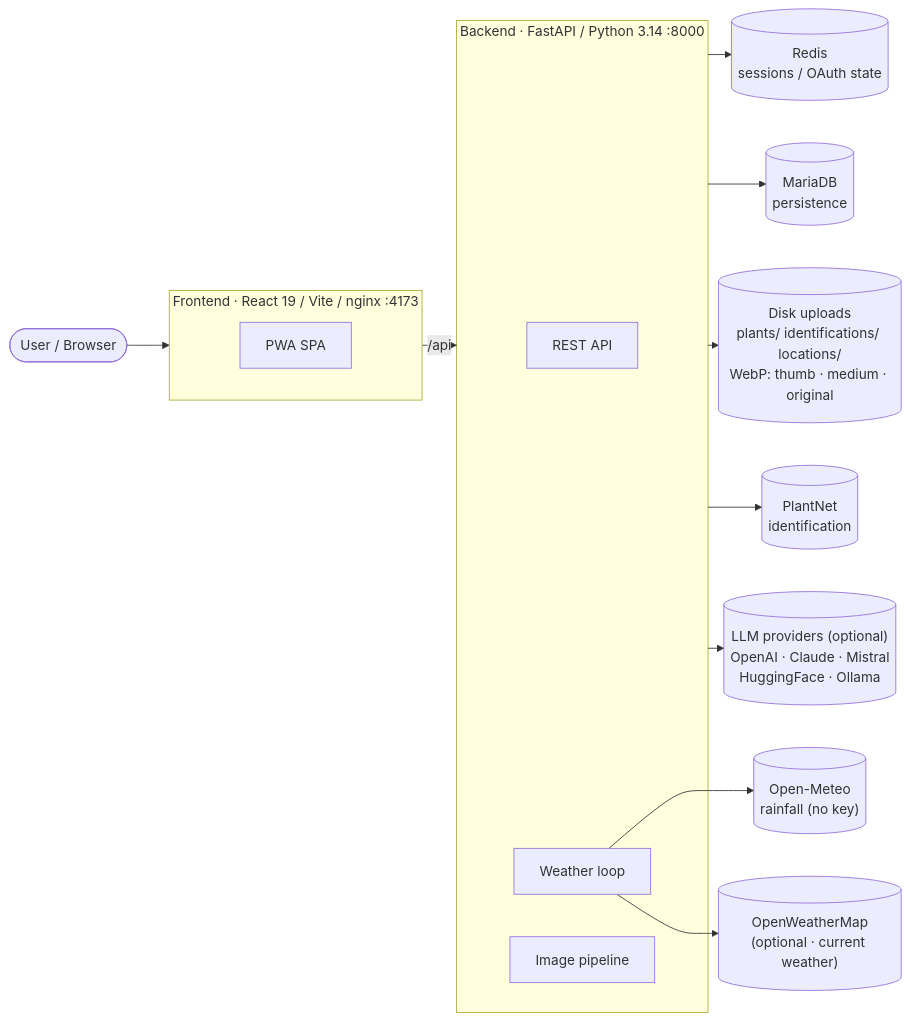
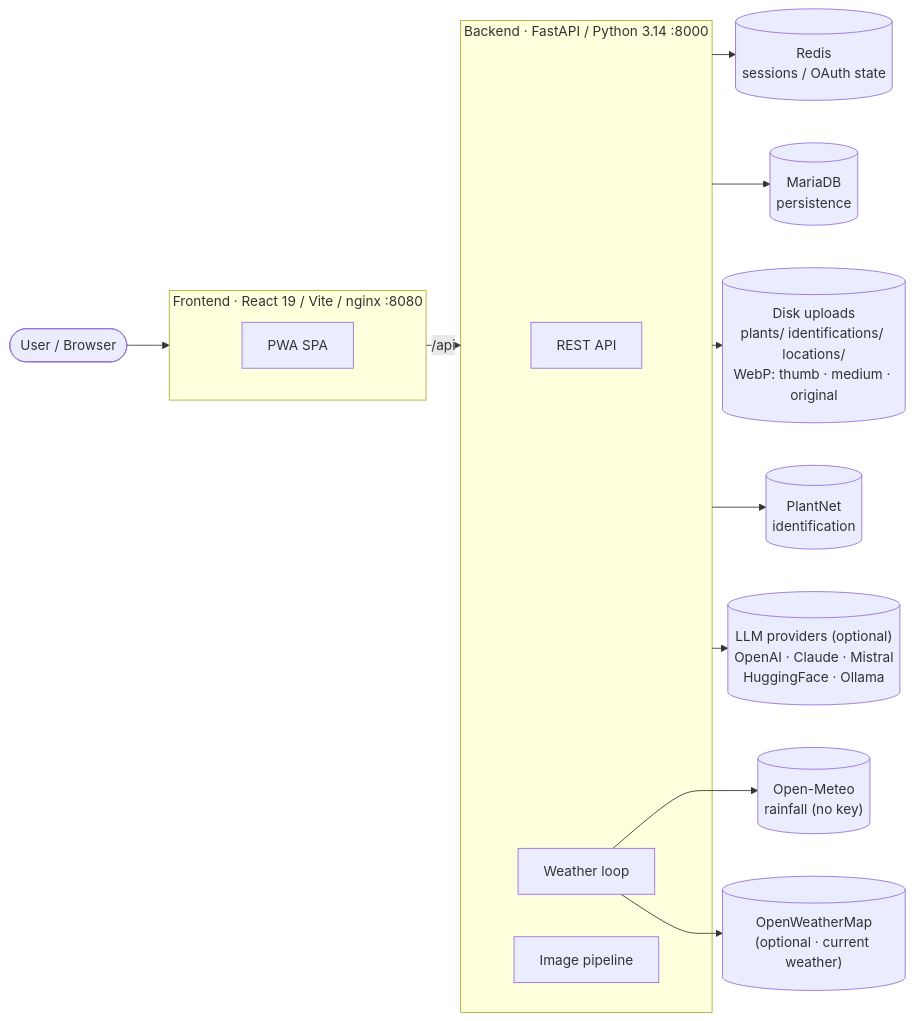
Before and after one commit to 0x3e4/pflanzn: the diagram in README.md, drawn with Mermaid. The commit also changed other lines of this file and 10 other files, not shown here.

First line of the commit message:
feat(frontend): harden the nginx gateway and listen on port 8080

````diff
--- a/README.md
+++ b/README.md
@@ -110,33 +110,33 @@
 ```mermaid
 flowchart LR
     User([User / Browser])
 
-    subgraph Frontend["Frontend · React 19 / Vite / nginx :4173"]
+    subgraph Frontend["Frontend · React 19 / Vite / nginx :8080"]
         SPA[PWA SPA]
     end
 
     subgraph Backend["Backend · FastAPI / Python 3.14 :8000"]
         API[REST API]
         Weather[Weather loop]
         Image[Image pipeline]
     end
 
     Redis[("Redis<br/>sessions / OAuth state")]
     Maria[("MariaDB<br/>persistence")]
     Uploads[("Disk uploads<br/>plants/ identifications/ locations/<br/>WebP: thumb · medium · original")]
 
     PlantNet[("PlantNet<br/>identification")]
     LLM[("LLM providers (optional)<br/>OpenAI · Claude · Mistral<br/>HuggingFace · Ollama")]
     Meteo[("Open-Meteo<br/>rainfall (no key)")]
     OWM[("OpenWeatherMap<br/>(optional · current weather)")]
 
     User --> Frontend
     Frontend -->|/api| Backend
     Backend --> Redis
     Backend --> Maria
     Backend --> Uploads
     Backend --> PlantNet
     Backend --> LLM
     Weather --> Meteo
     Weather --> OWM
 ```
````
